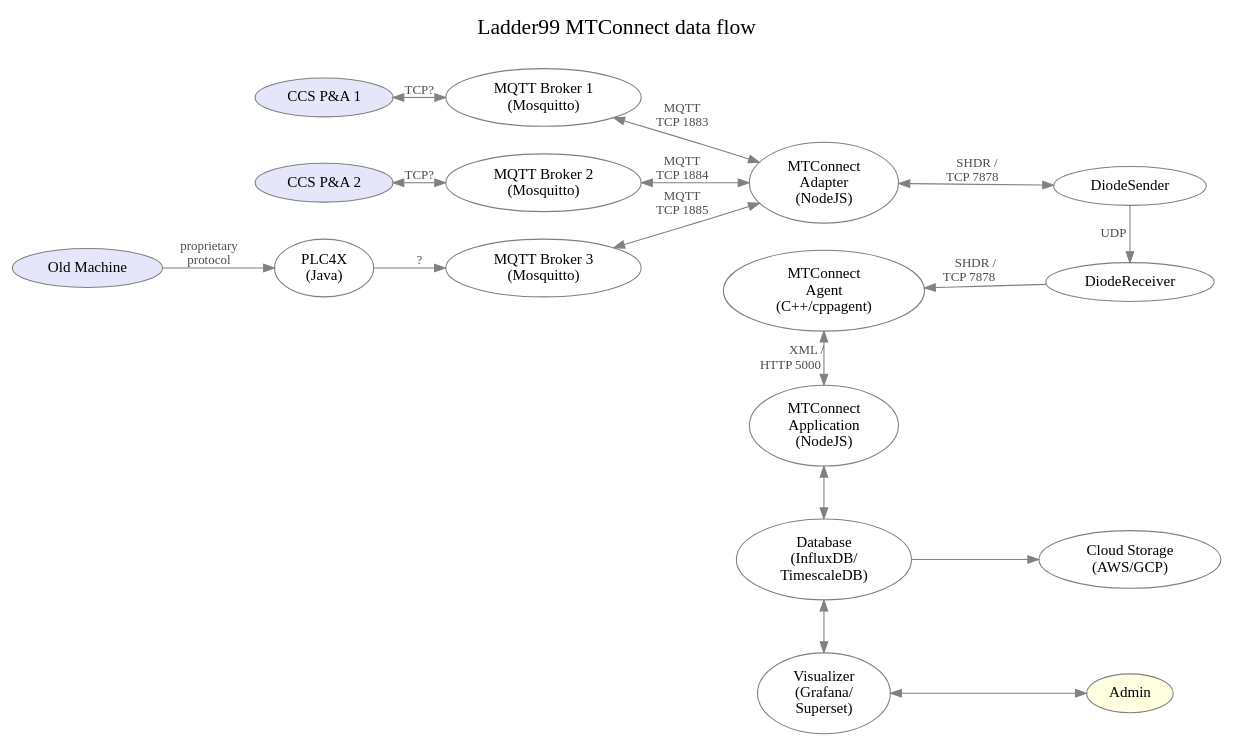
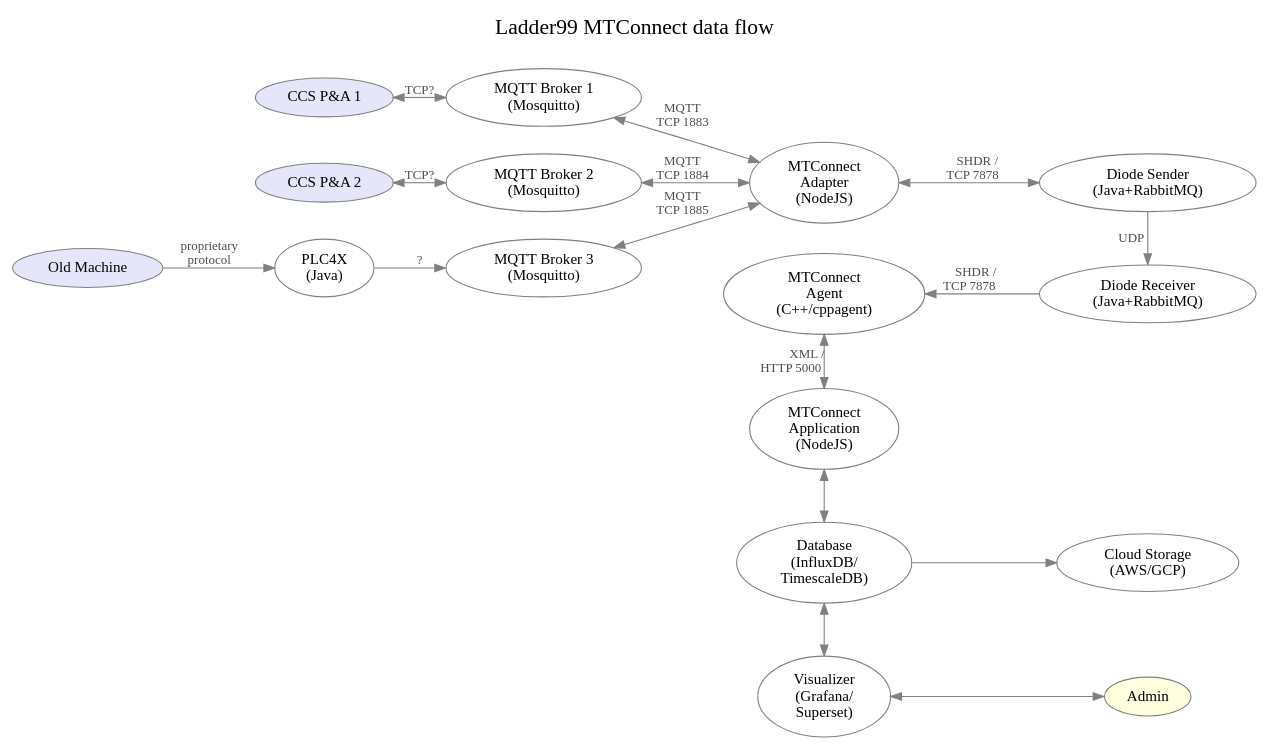
One commit to Ladder99/ladder99 changed the diagram in design/architecture.dot. Above: the diagram before and after it, drawn with Graphviz. The commit also changed 1 other file, not shown here.

```diff
--- a/design/architecture.dot
+++ b/design/architecture.dot
@@ -1,80 +1,80 @@
 digraph "ladder99-adapter" {
 
   // styles
   graph [ label="Ladder99 MTConnect data flow\n "; color=lightgray; ];
   graph [ fontsize=20 ];
   graph [ labelloc=t ];
   graph [ ranksep=0.2 ];
   graph [ nodesep=0.35 ];
   graph [ rankdir=LR; ] // left-to-right
   node [ color=gray; fillcolor=white; style=filled ];
   edge [ color=gray ];
   edge [ fontsize=12; fontcolor=gray30; ];
 
   // nodes
   PA1 [ fillcolor=lavender; label="CCS P&A 1" ];
   PA2 [ fillcolor=lavender; label="CCS P&A 2" ];
   OldMachine [ fillcolor=lavender; label="Old Machine" ];
   PLC4X [ label="PLC4X\n(Java)" ];
   Broker1 [ label="MQTT Broker 1\n(Mosquitto)" ];
   Broker2 [ label="MQTT Broker 2\n(Mosquitto)" ];
   Broker3 [ label="MQTT Broker 3\n(Mosquitto)" ];
   Adapter [ label="MTConnect\nAdapter\n(NodeJS)" ];
   // Device1Sheet [ fillcolor=greenyellow; label="device1.sheet" ];
   // Device1Yaml [ fillcolor=greenyellow; label="device1.yaml" ];
   // Device1Js [ label="device1.js" ];
   // Device2Sheet [ fillcolor=greenyellow; label="device2.sheet" ];
   // Device2Yaml [ fillcolor=greenyellow; label="device2.yaml" ];
   // Device2Js [ label="device2.js" ];
-  // DiodeSender [ label="Diode Sender\n(Java+RabbitMQ)" ];
-  // DiodeReceiver [ label="Diode Receiver\n(Java+RabbitMQ)" ];
+  DiodeSender [ label="Diode Sender\n(Java+RabbitMQ)" ];
+  DiodeReceiver [ label="Diode Receiver\n(Java+RabbitMQ)" ];
   // DevicesXml [ label="devices.xml" ];
   Agent [ label="MTConnect\nAgent\n(C++/cppagent)" ];
   Application [ label="MTConnect\nApplication\n(NodeJS)" ];
   Database [ label="Database\n(InfluxDB/\nTimescaleDB)" ];
   Visualizer [ label="Visualizer\n(Grafana/\nSuperset)" ];
   Cloud [ label="Cloud Storage\n(AWS/GCP)" ];
   Admin [ fillcolor=lightyellow ];
   // LOI [ label="LOI\n(SvelteJS)" ];
   // Operator [ fillcolor=lightyellow ];
 
   // edges
   PA1 -> Broker1 [ label="TCP?", dir=both ];
   PA2 -> Broker2 [ label="TCP?", dir=both ];
   OldMachine -> PLC4X [ label="proprietary\nprotocol" ];
   PLC4X -> Broker3 [ label="?" ];
   Broker1 -> Adapter [ label="MQTT\nTCP 1883", dir=both ];
   Broker2 -> Adapter [ label="MQTT\nTCP 1884", dir=both ];
   Broker3 -> Adapter [ label="MQTT\nTCP 1885", dir=both ];
   
   // Adapter -> Agent [ label="SHDR /   \nTCP 7878      ", dir=both ];
 
   Adapter -> DiodeSender [ label="SHDR /   \nTCP 7878      ", dir=both ];
   DiodeSender -> DiodeReceiver [ label="UDP    " ];
   DiodeReceiver -> Agent [ label="SHDR /    \nTCP 7878        " ];
   
   // Device1Sheet -> Device1Yaml [ label="feeds into" ];
   // Device1Yaml -> Device1Js [ label="generates" ];
   // Device1Js -> Proxy1 [ label="used by" ];
   // Device2Sheet -> Device2Yaml [ label="feeds into" ];
   // Device2Yaml -> Device2Js [ label="generates" ];
   // Device2Js -> Proxy2 [ label="used by" ];
   // Device1Yaml -> DevicesXml [ label="generates" ];
   // Device2Yaml -> DevicesXml [ label="generates" ];
   // DiodeSender -> DiodeReceiver [ label="UDP    " ];
   // DiodeReceiver -> Agent [ label="SHDR /    \nTCP 7878        " ];
   // Adapter -> Agent [ label="SHDR/\nTCP 7878" ];
   // DevicesXml -> Agent [ label="used by" ];
   Agent -> Application [ dir=both; label="XML / \nHTTP 5000          " ];
   Application -> Database [ dir=both ];
   Database -> Visualizer [ dir=both ];
   Database -> Cloud;
   Visualizer -> Admin [ dir=both ];
   // Application -> LOI;
   // LOI -> Operator;
 
   // rank
   // { rank=same; DiodeSender DiodeReceiver Agent Application Database Visualizer };
   { rank=same; Adapter Agent Application Database Visualizer };
   { rank=same; DiodeSender DiodeReceiver Cloud Admin };
 }
```
